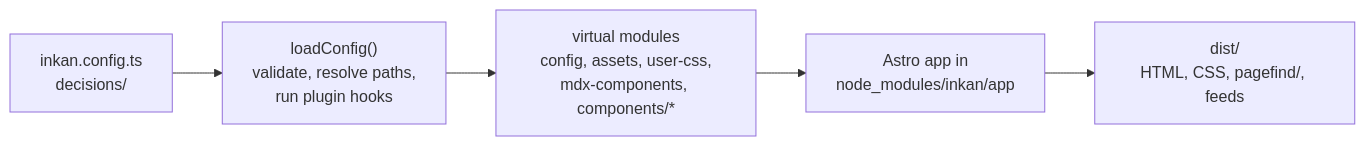
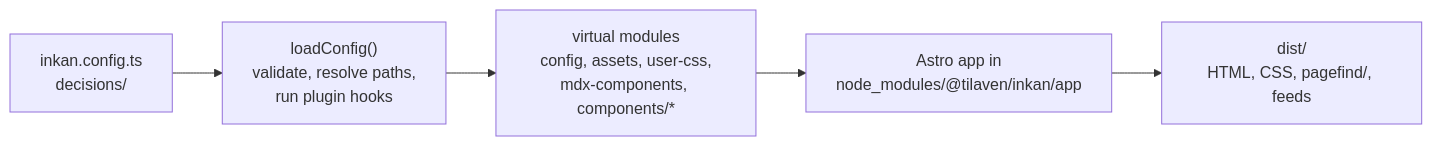
One commit to tilaven/inkan changed the diagram in docs/decisions/cli/adr/0001-ship-as-an-npm-package-with-a-cli.md. Above: the diagram before and after it, drawn with Mermaid. The commit also changed other lines of this file and 48 other files, not shown here.

First line of the commit message:
Publish as @tilaven/inkan and @tilaven/create-inkan

````diff
--- a/docs/decisions/cli/adr/0001-ship-as-an-npm-package-with-a-cli.md
+++ b/docs/decisions/cli/adr/0001-ship-as-an-npm-package-with-a-cli.md
@@ -86,7 +86,7 @@
 ```mermaid
 flowchart LR
   cfg["inkan.config.ts<br/>decisions/"] --> load["loadConfig()<br/>validate, resolve paths,<br/>run plugin hooks"]
   load --> vm["virtual modules<br/>config, assets, user-css,<br/>mdx-components, components/*"]
-  vm --> astro["Astro app in<br/>node_modules/inkan/app"]
+  vm --> astro["Astro app in<br/>node_modules/@tilaven/inkan/app"]
   astro --> dist["dist/<br/>HTML, CSS, pagefind/, feeds"]
 ```
````
